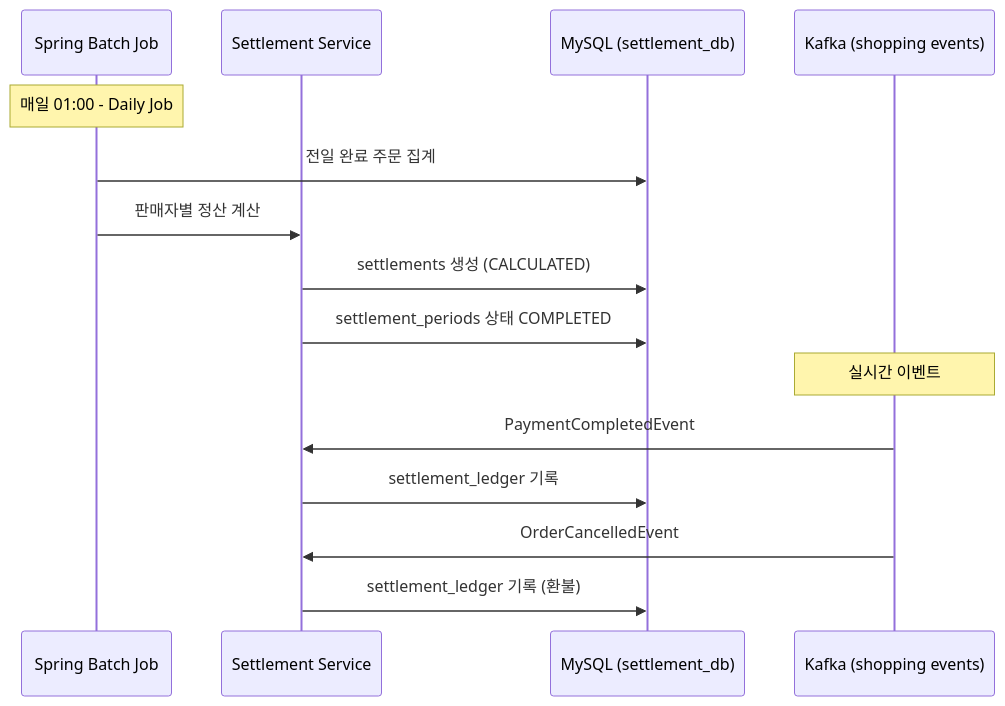
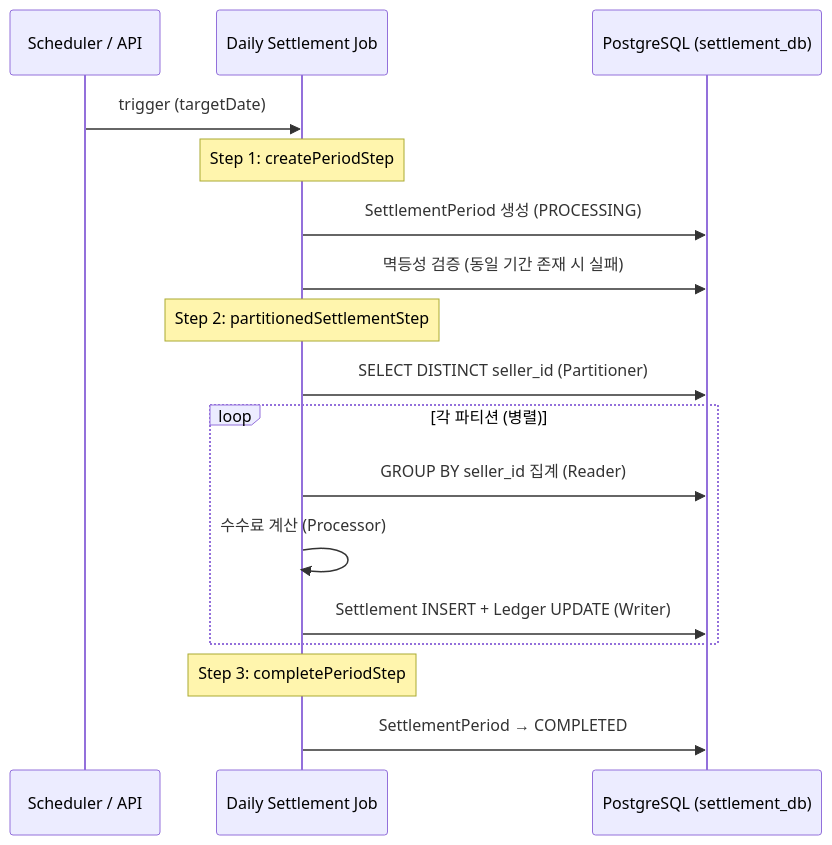
Before and after one commit to L-a-z-e/portal-universe: the first of 2 diagrams in docs/api/shopping-settlement-service/README.md, drawn with Mermaid. The commit also changed other lines of this file and 186 other files, not shown here.

````diff
--- a/docs/api/shopping-settlement-service/README.md
+++ b/docs/api/shopping-settlement-service/README.md
@@ -383,19 +385,23 @@
 ```mermaid
 sequenceDiagram
-    participant Batch as Spring Batch Job
-    participant Service as Settlement Service
-    participant DB as MySQL (settlement_db)
-    participant Kafka as Kafka (shopping events)
+    participant Scheduler as Scheduler / API
+    participant Job as Daily Settlement Job
+    participant DB as PostgreSQL (settlement_db)
 
-    Note over Batch: 매일 01:00 - Daily Job
-    Batch->>DB: 전일 완료 주문 집계
-    Batch->>Service: 판매자별 정산 계산
-    Service->>DB: settlements 생성 (CALCULATED)
-    Service->>DB: settlement_periods 상태 COMPLETED
+    Scheduler->>Job: trigger (targetDate)
 
-    Note over Kafka: 실시간 이벤트
-    Kafka->>Service: PaymentCompletedEvent
-    Service->>DB: settlement_ledger 기록
-    Kafka->>Service: OrderCancelledEvent
-    Service->>DB: settlement_ledger 기록 (환불)
+    Note over Job: Step 1: createPeriodStep
+    Job->>DB: SettlementPeriod 생성 (PROCESSING)
+    Job->>DB: 멱등성 검증 (동일 기간 존재 시 실패)
+
+    Note over Job: Step 2: partitionedSettlementStep
+    Job->>DB: SELECT DISTINCT seller_id (Partitioner)
+    loop 각 파티션 (병렬)
+        Job->>DB: GROUP BY seller_id 집계 (Reader)
+        Job->>Job: 수수료 계산 (Processor)
+        Job->>DB: Settlement INSERT + Ledger UPDATE (Writer)
+    end
+
+    Note over Job: Step 3: completePeriodStep
+    Job->>DB: SettlementPeriod → COMPLETED
 ```
````
